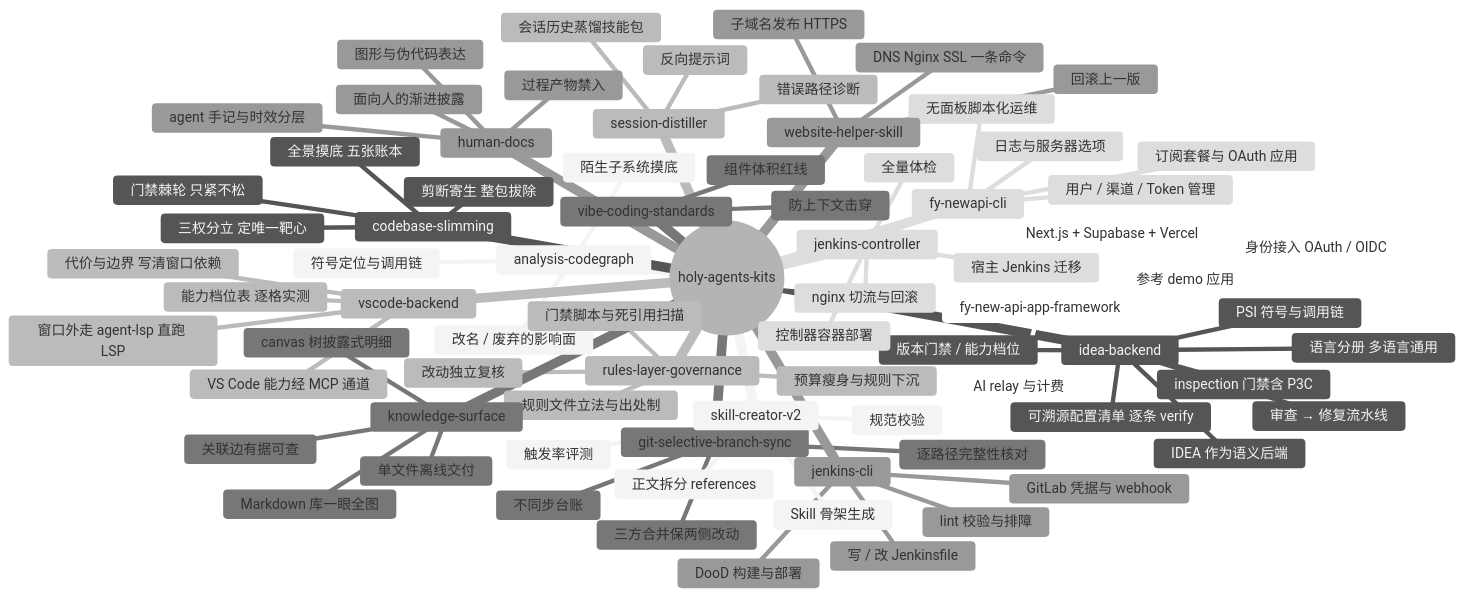
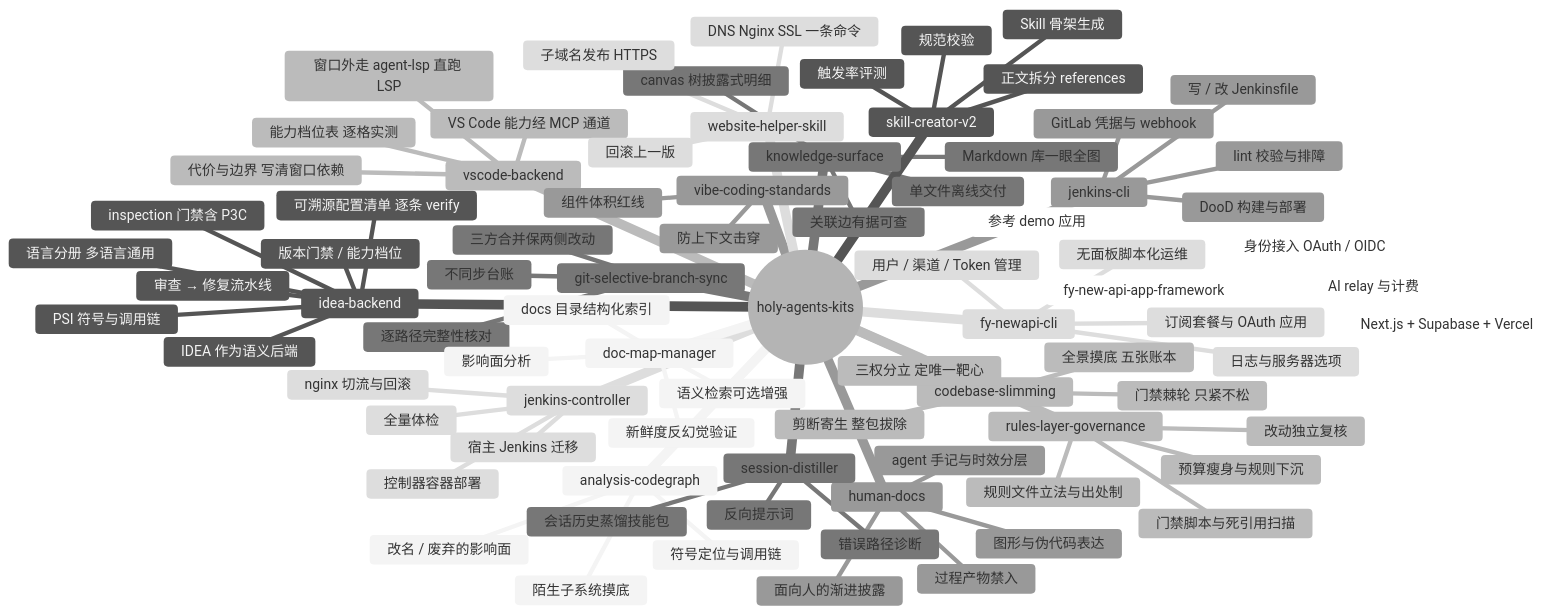
Before and after one commit to monsterbude123/holy-agents-kits: the diagram in README.md, drawn with Mermaid (neutral theme). The commit also changed other lines of this file and 6 other files, not shown here.

First line of the commit message:
feat(doc-map-manager): 未过管线新技能走完仓内集成（任务票 T09）

```diff
--- a/README.md
+++ b/README.md
@@ -69,6 +69,11 @@
       canvas 树披露式明细
       关联边有据可查
       单文件离线交付
+    doc-map-manager
+      docs 目录结构化索引
+      新鲜度反幻觉验证
+      影响面分析
+      语义检索可选增强
     skill-creator-v2
       Skill 骨架生成
       正文拆分 references
```
